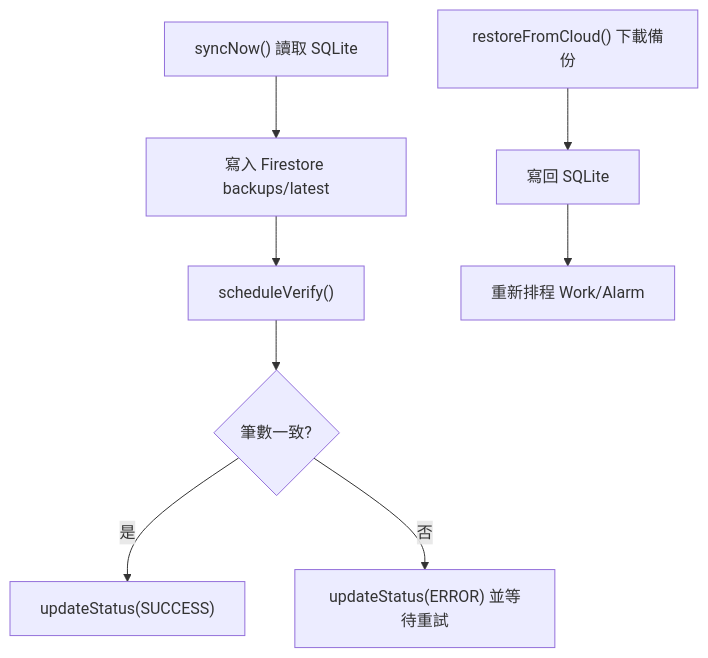
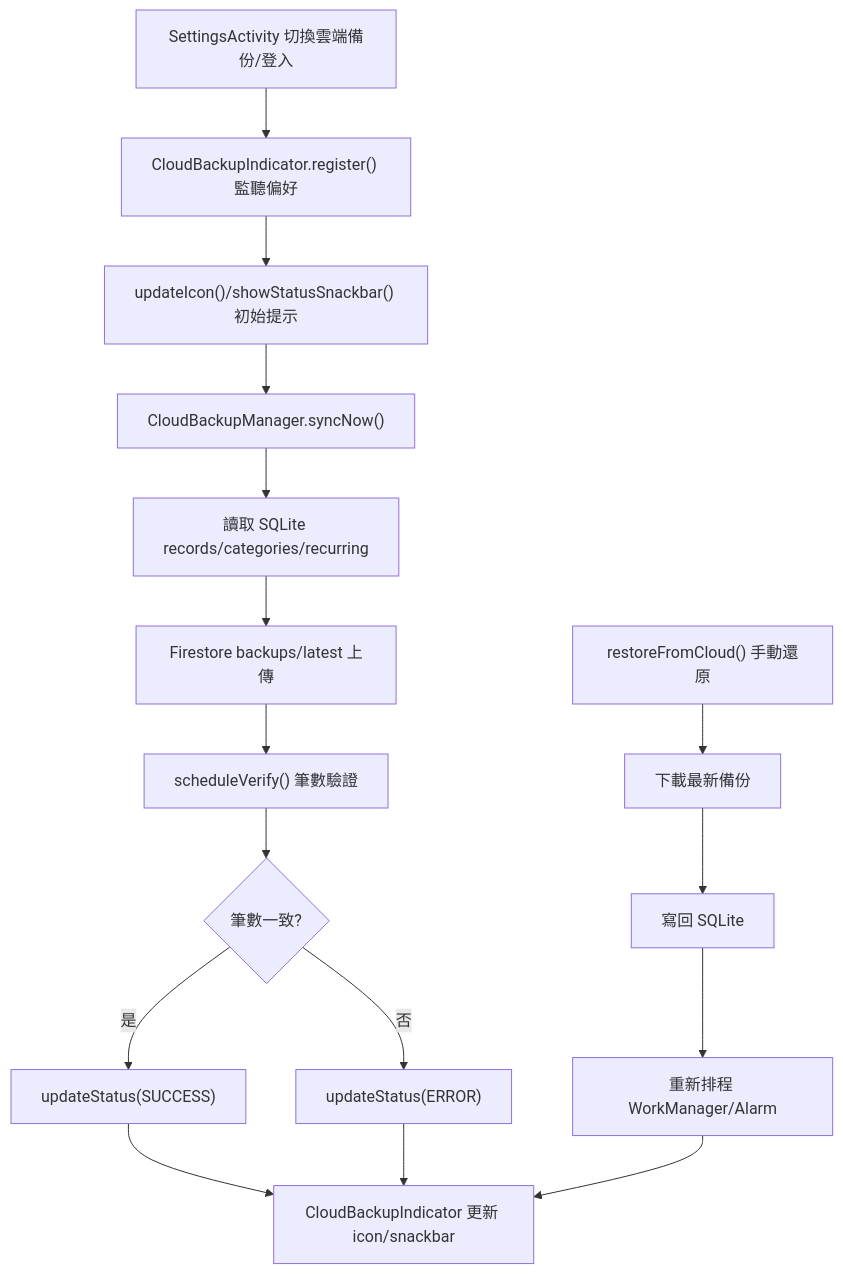
Before and after one commit to Dao-you/SimplestBookAndroid: diagram 19 of 23 in Grading_Criteria.md, drawn with Mermaid. The commit also changed other lines of this file, not shown here.

````diff
--- a/Grading_Criteria.md
+++ b/Grading_Criteria.md
@@ -474,10 +466,18 @@
 ```mermaid
 flowchart TD
-    A["syncNow() 讀取 SQLite"] --> B["寫入 Firestore backups/latest"]
-    B --> C["scheduleVerify()" ]
-    C --> D{"筆數一致?"}
-    D -->|"是"| E["updateStatus(SUCCESS)"]
-    D -->|"否"| F["updateStatus(ERROR) 並等待重試"]
-    G["restoreFromCloud() 下載備份"] --> H["寫回 SQLite"]
-    H --> I["重新排程 Work/Alarm"]
+    A["SettingsActivity 切換雲端備份/登入"] --> B["CloudBackupIndicator.register() 監聽偏好"]
+    B --> C["updateIcon()/showStatusSnackbar() 初始提示"]
+    C --> D["CloudBackupManager.syncNow()"]
+    D --> E["讀取 SQLite records/categories/recurring"]
+    E --> F["Firestore backups/latest 上傳"]
+    F --> G["scheduleVerify() 筆數驗證"]
+    G --> H{"筆數一致?"}
+    H -->|"是"| I["updateStatus(SUCCESS)"]
+    H -->|"否"| J["updateStatus(ERROR)"]
+    I --> K["CloudBackupIndicator 更新 icon/snackbar"]
+    J --> K
+    L["restoreFromCloud() 手動還原"] --> M["下載最新備份"]
+    M --> N["寫回 SQLite"]
+    N --> O["重新排程 WorkManager/Alarm"]
+    O --> K
 ```
````
